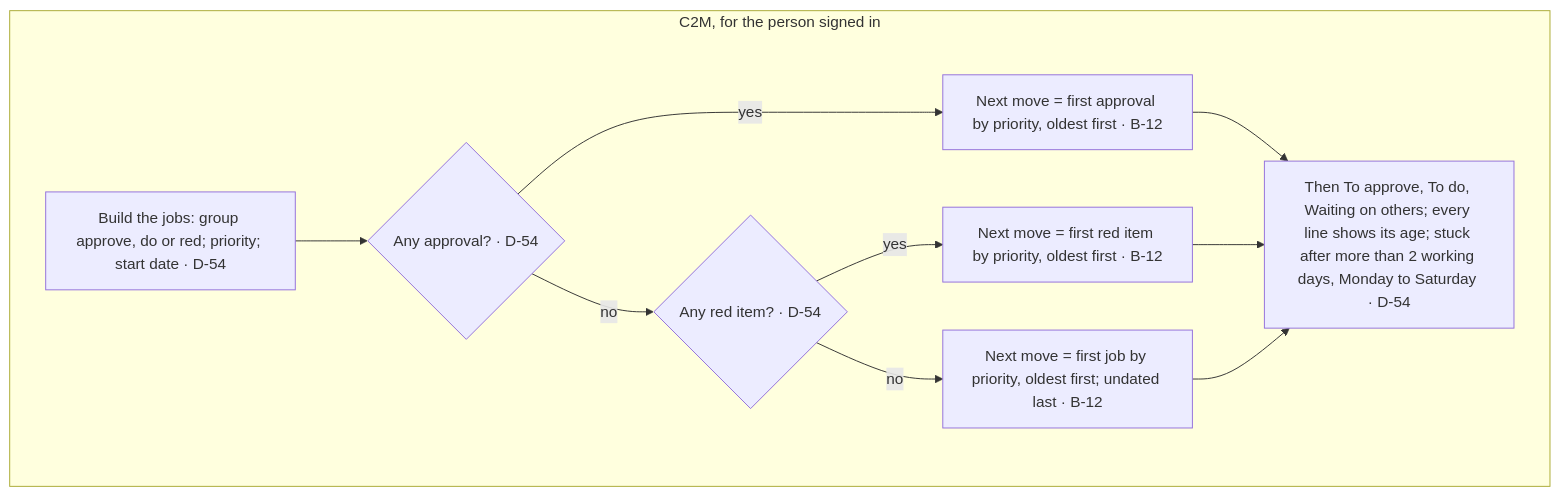
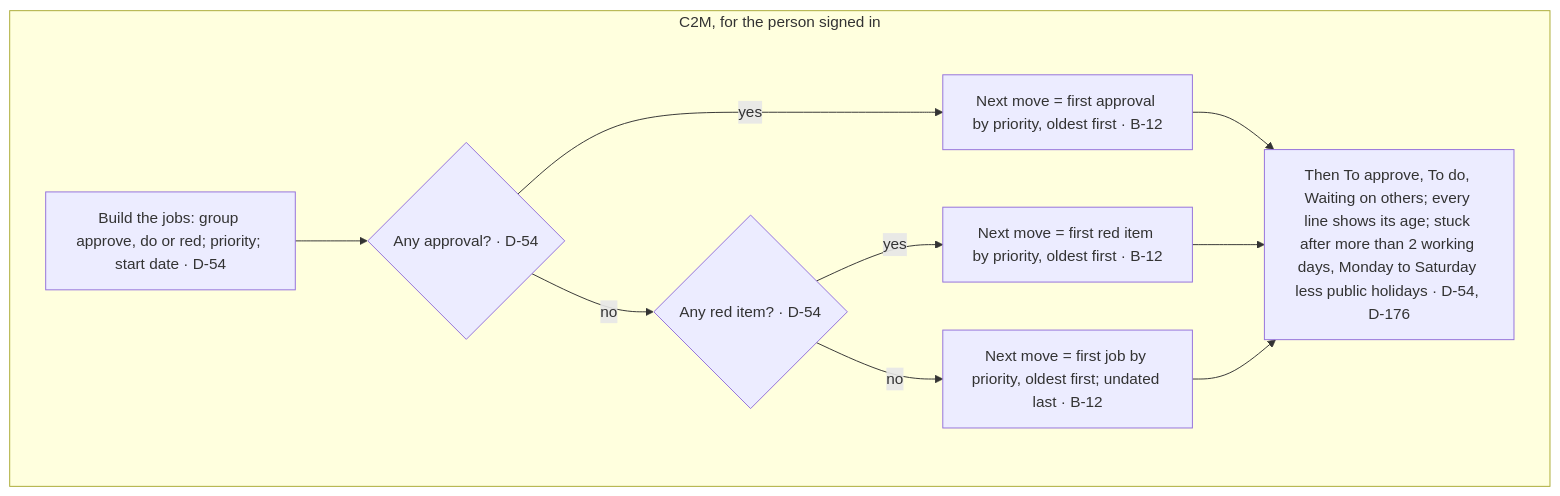
One commit to taabbas1947-eng/VAN-OP changed diagram 16 of 36 in apps/c2m/docs/01-process-flows.md. Above: the diagram before and after it, drawn with Mermaid. The commit also changed other lines of this file and 18 other files, not shown here.

````diff
--- a/apps/c2m/docs/01-process-flows.md
+++ b/apps/c2m/docs/01-process-flows.md
@@ -380,13 +380,13 @@
 ```mermaid
 flowchart TB
   subgraph C2M [C2M, for the person signed in]
     A[Build the jobs: group approve, do or red; priority; start date · D-54] --> B{Any approval? · D-54}
     B -- yes --> N1[Next move = first approval by priority, oldest first · B-12]
     B -- no --> C{Any red item? · D-54}
     C -- yes --> N2[Next move = first red item by priority, oldest first · B-12]
     C -- no --> N3[Next move = first job by priority, oldest first; undated last · B-12]
-    N1 --> G[Then To approve, To do, Waiting on others; every line shows its age; stuck after more than 2 working days, Monday to Saturday · D-54]
+    N1 --> G[Then To approve, To do, Waiting on others; every line shows its age; stuck after more than 2 working days, Monday to Saturday less public holidays · D-54, D-176]
     N2 --> G
     N3 --> G
   end
 ```
````
